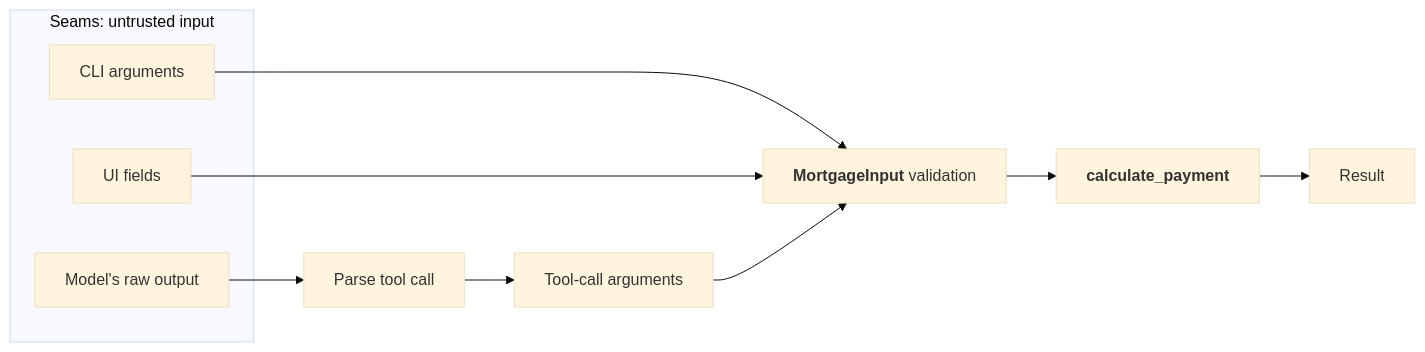
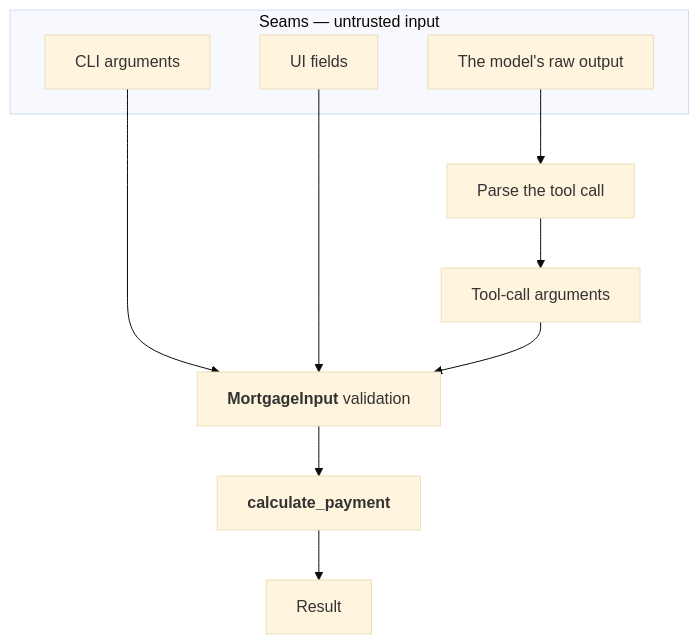
The first of 4 diagrams in manuscript/14-hardening.md (rioffe/intro_to_ai_software_engineering), drawn with Mermaid (base theme) before and after one commit. The commit also changed 8 other files, not shown here.

````diff
--- a/manuscript/14-hardening.md
+++ b/manuscript/14-hardening.md
@@ -23,17 +23,24 @@
 ```mermaid
-flowchart LR
-    subgraph Seams[" Seams: untrusted input "]
-        CLI[CLI arguments]
-        UI[UI fields]
-        MODEL["Model's raw output"]
+---
+config:
+  flowchart:
+    wrappingWidth: 300
+---
+flowchart TD
+    subgraph SEAMS[" Seams — untrusted input "]
+        CLI["CLI arguments"]
+        UI["UI fields"]
+        MODEL["The model's raw output"]
     end
 
-    CLI --> V[<b>MortgageInput</b> validation]
+    MODEL --> PARSE["Parse the tool call"]
+    PARSE --> TC["Tool-call arguments"]
+
+    CLI --> V
     UI --> V
-    MODEL --> PARSE[Parse tool call]
-    PARSE --> TC[Tool-call arguments]
     TC --> V
 
-    V --> CORE[<b>calculate_payment</b>]
-    CORE --> R[Result]
+    V["<b>MortgageInput</b> validation"]
+    V --> CORE["<b>calculate_payment</b>"]
+    CORE --> R["Result"]
 ```
````
